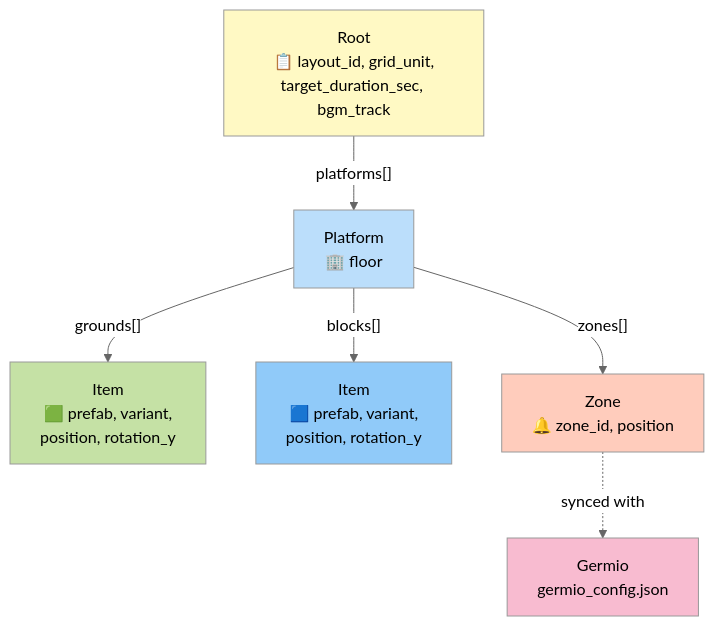
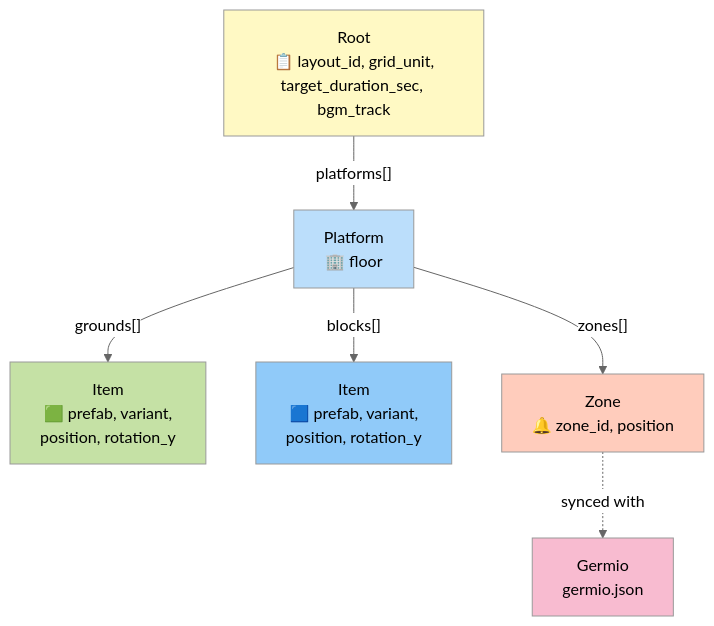
One commit to hiroxpepe/briko changed the seventh of 11 diagrams in README.md. Above: the diagram before and after it, drawn with Mermaid (neutral theme). The commit also changed other lines of this file and 2 other files, not shown here.

````diff
--- a/README.md
+++ b/README.md
@@ -251,17 +251,17 @@
 ```mermaid
 graph TB
     Root[Root<br/>📋 layout_id, grid_unit,<br/>target_duration_sec, bgm_track]
     Root -->|"platforms[]"| P[Platform<br/>🏢 floor]
     P -->|"grounds[]"| I1[Item<br/>🟩 prefab, variant,<br/>position, rotation_y]
     P -->|"blocks[]"| I2[Item<br/>🟦 prefab, variant,<br/>position, rotation_y]
     P -->|"zones[]"| Z[Zone<br/>🔔 zone_id, position]
 
-    Z -.synced with.-> Germio[Germio<br/>germio_config.json]
+    Z -.synced with.-> Germio[Germio<br/>germio.json]
 
     style Root fill:#fff9c4
     style P fill:#bbdefb
     style I1 fill:#c5e1a5
     style I2 fill:#90caf9
     style Z fill:#ffccbc
     style Germio fill:#f8bbd0
 ```
````
